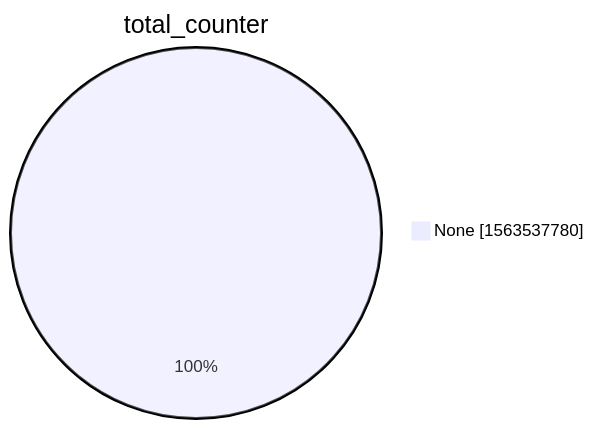
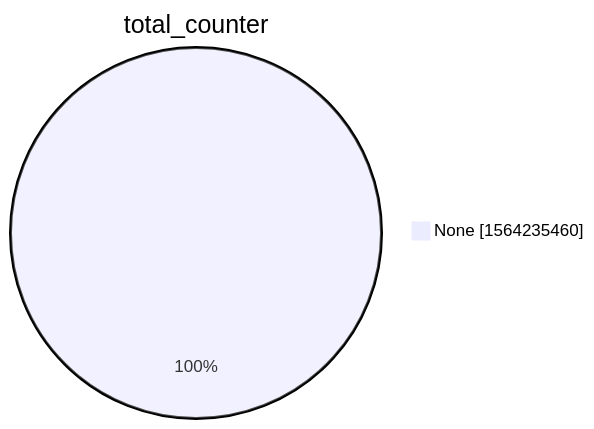
Before and after one commit to christiankrug/ctmonitor_visualization: the second of 15 diagrams in xenon2022/README.md, drawn with Mermaid. The commit also changed other lines of this file, not shown here.

````diff
--- a/xenon2022/README.md
+++ b/xenon2022/README.md
@@ -9,5 +9,5 @@
 ```mermaid
 pie showData
 title total_counter
-"None" :1563537780
+"None" :1564235460
 ```
````
